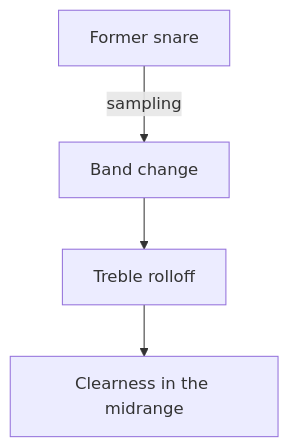
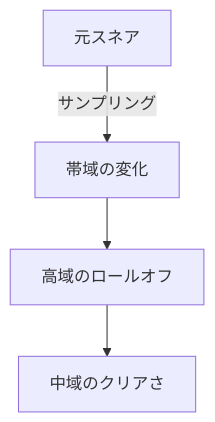
The seventh of 21 diagrams in en/_posts/2025-11-20-column-akai-mpc-60-emu-sp1200.md (monumental-movement/monumental-movement.github.io), drawn with Mermaid before and after one commit. The commit also changed other lines of this file and 2196 other files, not shown here.

```diff
--- a/en/_posts/2025-11-20-column-akai-mpc-60-emu-sp1200.md
+++ b/en/_posts/2025-11-20-column-akai-mpc-60-emu-sp1200.md
@@ -315,8 +315,8 @@
 <div class="mermaid">
     
 flowchart TD
-    A["Former snare"] -->|sampling| B["Band change"]
-    B --> C["Treble rolloff"]
-    C --> D["Clearness in the midrange"]
+    A["元スネア"] -->|サンプリング| B["帯域の変化"]
+    B --> C["高域のロールオフ"]
+    C --> D["中域のクリアさ"]
 
 </div> 
```
